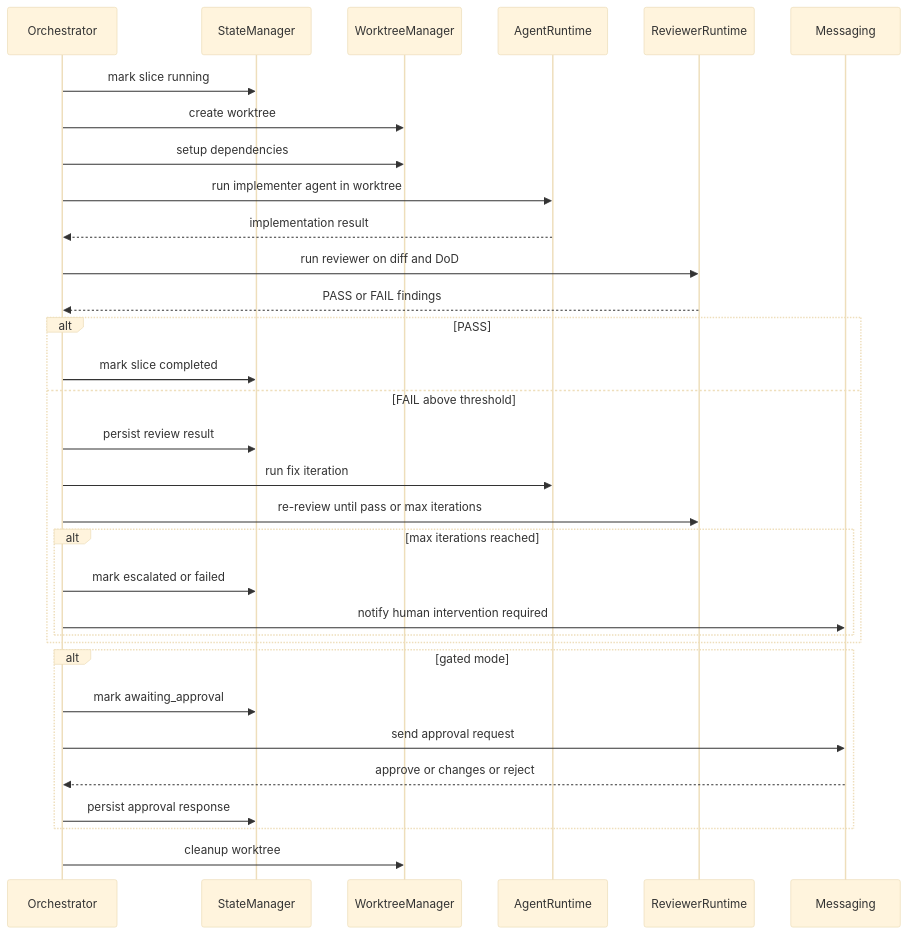
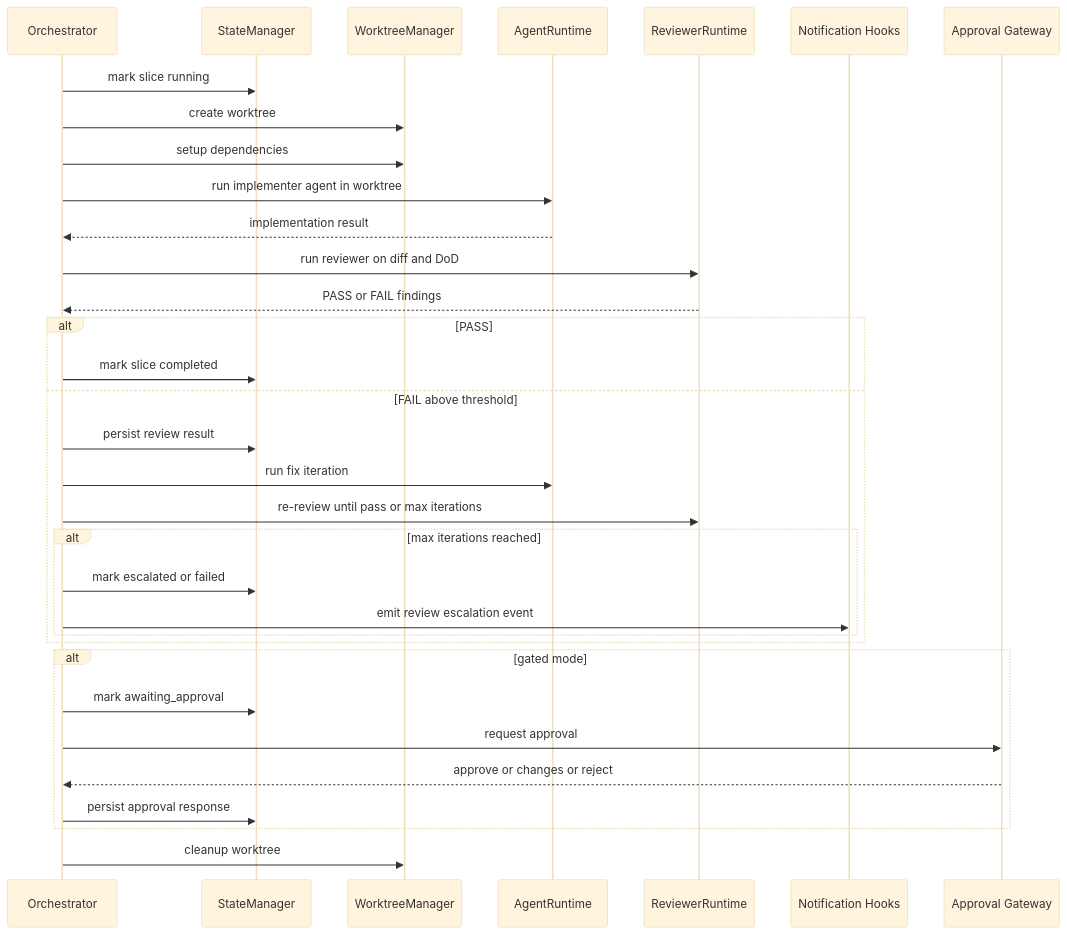
One commit to jcospina/slice-workflow changed the fifth of 8 diagrams in docs/architecture.md. Above: the diagram before and after it, drawn with Mermaid (base theme). The commit also changed other lines of this file and 2 other files, not shown here.

Commit message:
Update architecture for new hook based notifications

````diff
--- a/docs/architecture.md
+++ b/docs/architecture.md
@@ -227,39 +228,40 @@
 ```mermaid
 sequenceDiagram
     participant O as Orchestrator
     participant S as StateManager
     participant W as WorktreeManager
     participant R as AgentRuntime
     participant V as ReviewerRuntime
-    participant M as Messaging
+    participant N as Notification Hooks
+    participant A as Approval Gateway
 
     O->>S: mark slice running
     O->>W: create worktree
     O->>W: setup dependencies
     O->>R: run implementer agent in worktree
     R-->>O: implementation result
 
     O->>V: run reviewer on diff and DoD
     V-->>O: PASS or FAIL findings
 
     alt PASS
       O->>S: mark slice completed
     else FAIL above threshold
       O->>S: persist review result
       O->>R: run fix iteration
       O->>V: re-review until pass or max iterations
       alt max iterations reached
         O->>S: mark escalated or failed
-        O->>M: notify human intervention required
+        O->>N: emit review escalation event
       end
     end
 
     alt gated mode
       O->>S: mark awaiting_approval
-      O->>M: send approval request
-      M-->>O: approve or changes or reject
+      O->>A: request approval
+      A-->>O: approve or changes or reject
       O->>S: persist approval response
     end
 
     O->>W: cleanup worktree
 ```
````
